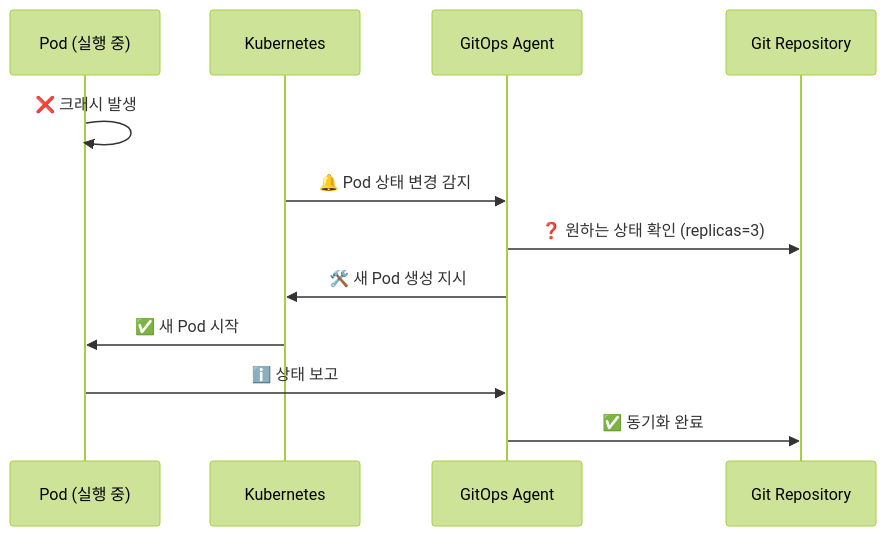
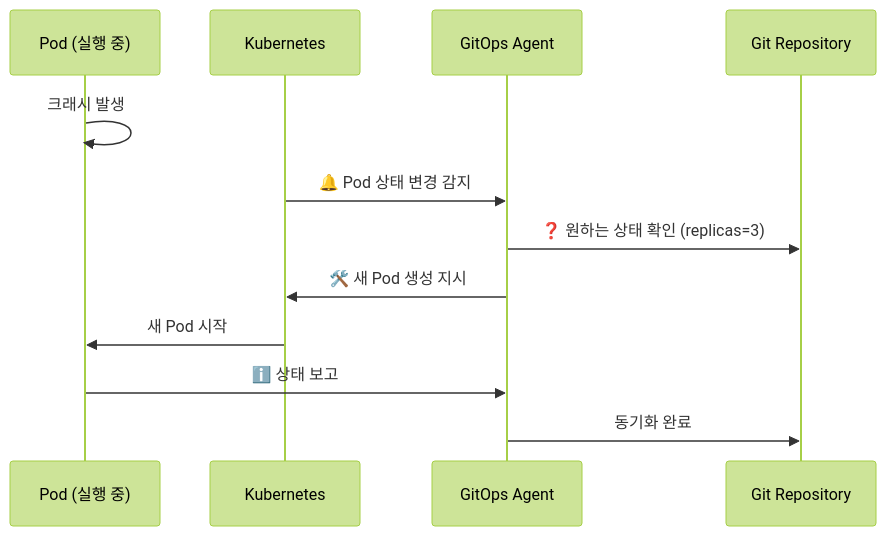
One commit to juwon8891/juwon8891.github.io changed diagram 11 of 41 in docs/cicd/week1-image-build.md. Above: the diagram before and after it, drawn with Mermaid (forest theme). The commit also changed other lines of this file and 25 other files, not shown here.

````diff
--- a/docs/cicd/week1-image-build.md
+++ b/docs/cicd/week1-image-build.md
@@ -604,15 +605,16 @@
 ```mermaid
 sequenceDiagram
     participant Pod as Pod (실행 중)
     participant K8s as Kubernetes
     participant GitOps as GitOps Agent
     participant Git as Git Repository
 
-    Pod->>Pod: ❌ 크래시 발생
+    Pod->>Pod: 크래시 발생
     K8s->>GitOps: 🔔 Pod 상태 변경 감지
     GitOps->>Git: ❓ 원하는 상태 확인 (replicas=3)
     GitOps->>K8s: 🛠️ 새 Pod 생성 지시
-    K8s->>Pod: ✅ 새 Pod 시작
+    K8s->>Pod: 새 Pod 시작
     Pod->>GitOps: ℹ️ 상태 보고
-    GitOps->>Git: ✅ 동기화 완료
+    GitOps->>Git: 동기화 완료
+
 ```
````
